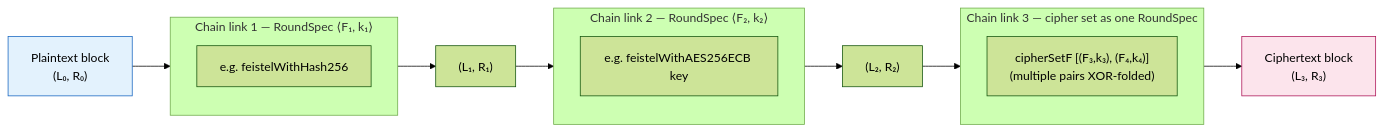
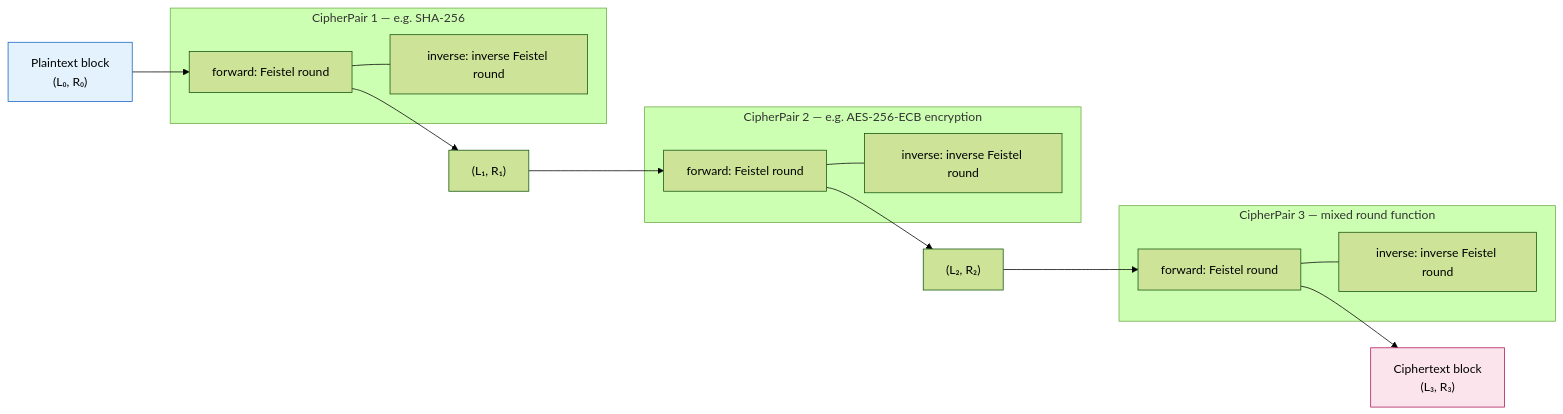
One commit to locusf/blackworm changed the fourth of 5 diagrams in docs/cipher-visualization.md. Above: the diagram before and after it, drawn with Mermaid (forest theme). The commit also changed other lines of this file and 4 other files, not shown here.

````diff
--- a/docs/cipher-visualization.md
+++ b/docs/cipher-visualization.md
@@ -131,18 +131,18 @@
 ```mermaid
 flowchart LR
-    P["Plaintext block\n(L₀, R₀)"] --> RD1
-    subgraph RD1["Chain link 1 — RoundSpec ⟨F₁, k₁⟩"]
-        S1["e.g. feistelWithHash256"]
+    P["Plaintext block\n(L₀, R₀)"] --> S1
+    subgraph RD1["CipherPair 1 — e.g. SHA-256"]
+        S1["forward: Feistel round"] --- U1["inverse: inverse Feistel round"]
     end
-    RD1 --> B1["(L₁, R₁)"] --> RD2
-    subgraph RD2["Chain link 2 — RoundSpec ⟨F₂, k₂⟩"]
-        S2["e.g. feistelWithAES256ECB key"]
+    S1 --> B1["(L₁, R₁)"] --> S2
+    subgraph RD2["CipherPair 2 — e.g. AES-256-ECB encryption"]
+        S2["forward: Feistel round"] --- U2["inverse: inverse Feistel round"]
     end
-    RD2 --> B2["(L₂, R₂)"] --> RD3
-    subgraph RD3["Chain link 3 — cipher set as one RoundSpec"]
-        S3["cipherSetF [(F₃,k₃), (F₄,k₄)]\n(multiple pairs XOR-folded)"]
+    S2 --> B2["(L₂, R₂)"] --> S3
+    subgraph RD3["CipherPair 3 — mixed round function"]
+        S3["forward: Feistel round"] --- U3["inverse: inverse Feistel round"]
     end
-    RD3 --> C["Ciphertext block\n(L₃, R₃)"]
+    S3 --> C["Ciphertext block\n(L₃, R₃)"]
     style P fill:#e3f2fd,stroke:#1565c0
     style C fill:#fce4ec,stroke:#ad1457
 ```
````
